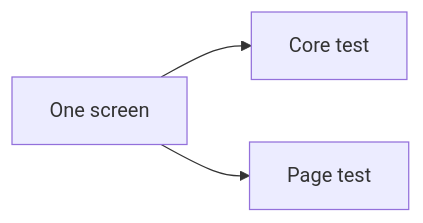
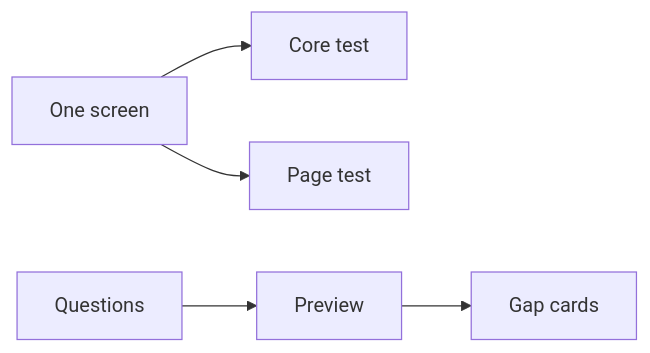
Before and after one commit to p10ns11y/visualizer: the diagram in docs/CRITICAL-FLOWS.md, drawn with Mermaid. The commit also changed other lines of this file and 44 other files, not shown here.

First line of the commit message:
Show questions, a live preview, and gap cards while asking (#20)

````diff
--- a/docs/CRITICAL-FLOWS.md
+++ b/docs/CRITICAL-FLOWS.md
@@ -3,5 +3,7 @@
 ```mermaid
 flowchart LR
   screen[One screen] --> coreTest[Core test]
   screen --> pageTest[Page test]
+  questions[Questions] --> preview[Preview]
+  preview --> cards[Gap cards]
 ```
````
